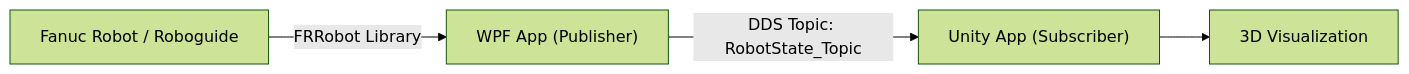
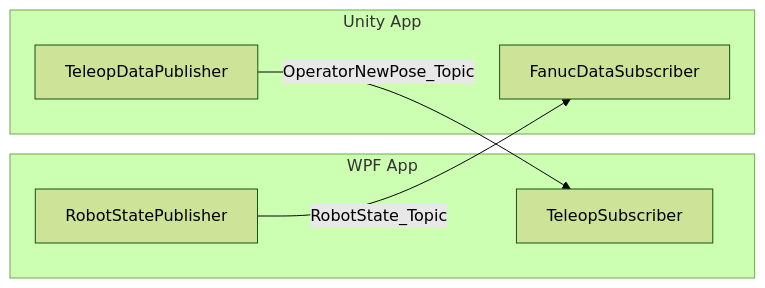
The diagram in README.md (mazeasdamien/CAT_project), drawn with Mermaid (forest theme) before and after one commit. The commit also changed other lines of this file, not shown here.

Commit message:
feat: Add Fanuc robot save points and initial Unity teleoperation assets.

````diff
--- a/README.md
+++ b/README.md
@@ -12,6 +16,15 @@
 ```mermaid
 graph LR
-    A["Fanuc Robot / Roboguide"] -- "FRRobot Library" --> B["WPF App (Publisher)"]
-    B -- "DDS Topic: RobotState_Topic" --> C["Unity App (Subscriber)"]
-    C --> D["3D Visualization"]
+    subgraph WPF App
+    A[RobotStatePublisher]
+    B[TeleopSubscriber]
+    end
+    
+    subgraph Unity App
+    C[FanucDataSubscriber]
+    D[TeleopDataPublisher]
+    end
+
+    A -- "RobotState_Topic" --> C
+    D -- "OperatorNewPose_Topic" --> B
 ```
````
